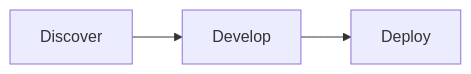
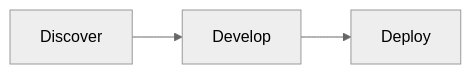
Before and after one commit to londonaicentre/.github: the diagram in profile/README.md, drawn with Mermaid. The commit also changed other lines of this file, not shown here.

````diff
--- a/profile/README.md
+++ b/profile/README.md
@@ -5,5 +5,6 @@
 ```mermaid
+%%{init: {'theme': 'neutral' } }%%
   graph LR
       A["Discover"]-->B["Develop"]
       B-->C["Deploy"]
 ```
````
